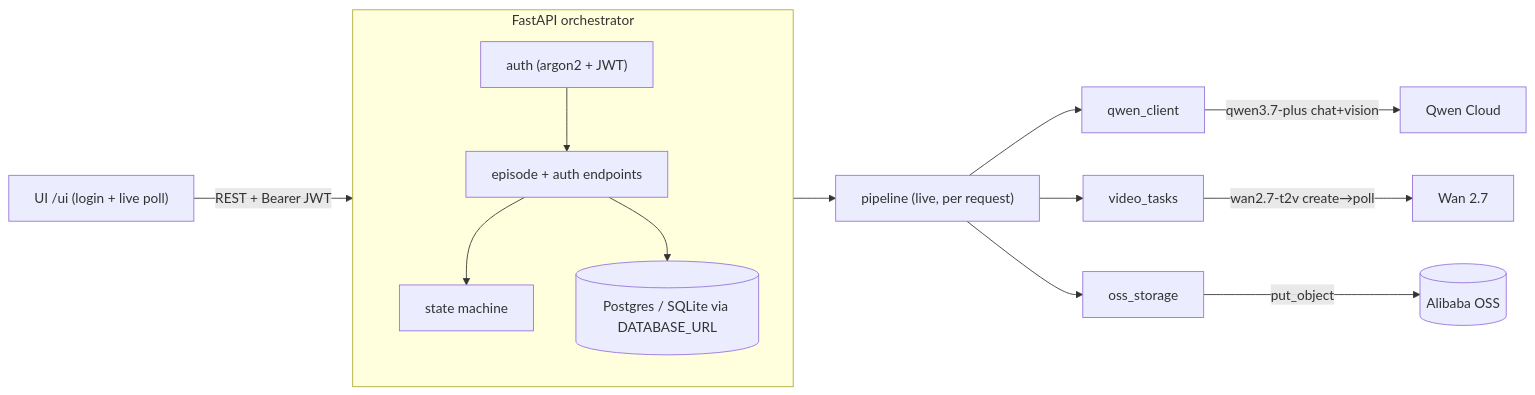
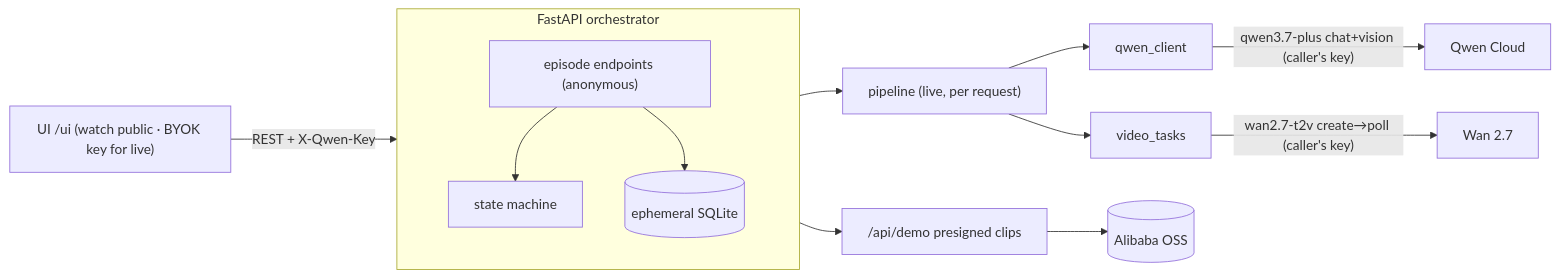
The diagram in README.md (ComBba/circle-take), drawn with Mermaid before and after one commit. The commit also changed other lines of this file and 3 other files, not shown here.

First line of the commit message:
docs(byok): README + .env.example + deploy for BYOK (no accounts, no storage)

````diff
--- a/README.md
+++ b/README.md
@@ -113,20 +112,18 @@
 ```mermaid
 flowchart LR
-  UI["UI /ui (login + live poll)"] -->|"REST + Bearer JWT"| API
+  UI["UI /ui (watch public · BYOK key for live)"] -->|"REST + X-Qwen-Key"| API
   subgraph API["FastAPI orchestrator"]
-    AUTH["auth (argon2 + JWT)"]
-    EP["episode + auth endpoints"]
+    EP["episode endpoints (anonymous)"]
     SM["state machine"]
-    DB[("Postgres / SQLite via DATABASE_URL")]
-    AUTH --> EP
+    DB[("ephemeral SQLite")]
     EP --> SM
     EP --> DB
   end
   API --> PIPE["pipeline (live, per request)"]
   PIPE --> QC["qwen_client"]
   PIPE --> VT["video_tasks"]
-  PIPE --> OSS["oss_storage"]
-  QC -->|"qwen3.7-plus chat+vision"| QWEN["Qwen Cloud"]
-  VT -->|"wan2.7-t2v create→poll"| WAN["Wan 2.7"]
-  OSS -->|"put_object"| BUCKET[("Alibaba OSS")]
+  QC -->|"qwen3.7-plus chat+vision (caller's key)"| QWEN["Qwen Cloud"]
+  VT -->|"wan2.7-t2v create→poll (caller's key)"| WAN["Wan 2.7"]
+  API --> DEMO["/api/demo presigned clips"]
+  DEMO --> OSS[("Alibaba OSS")]
 ```
````
